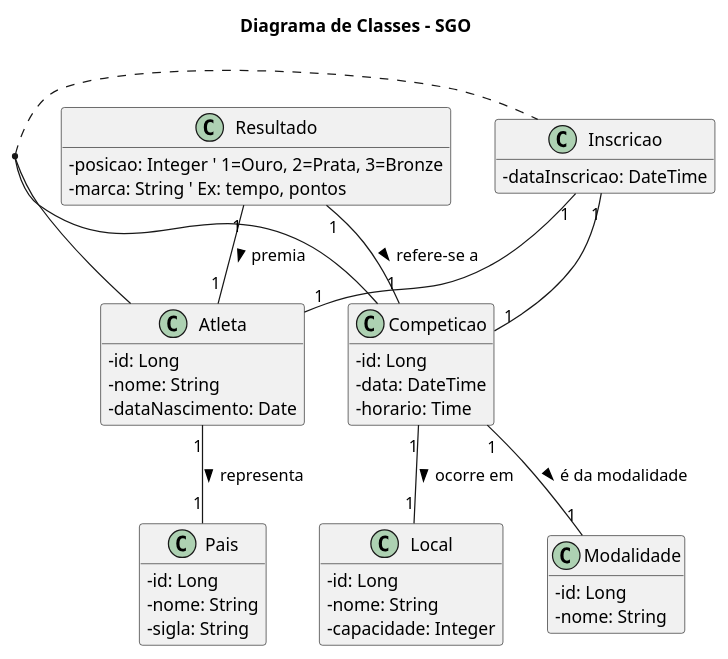
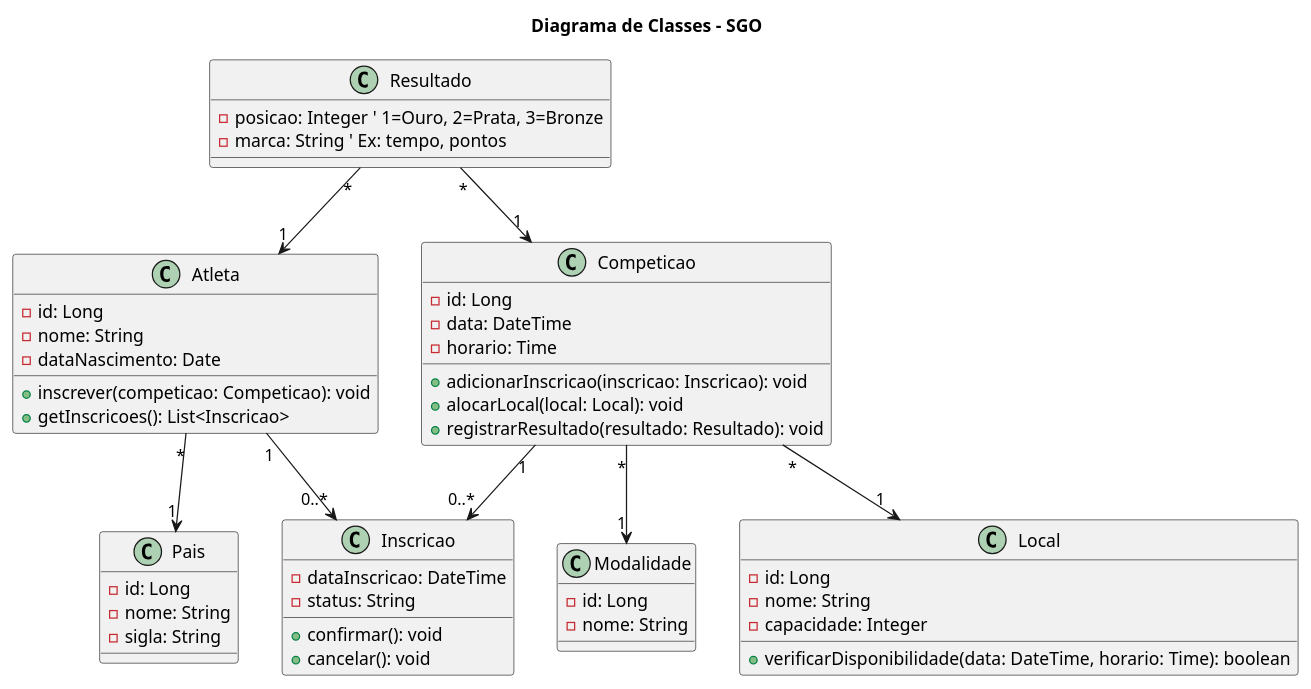
One commit to NatanMoroni08/sistema-gestao-olimpiadas changed the diagram in codigos/diagrama-de-classes.puml. Above: the diagram before and after it, drawn with PlantUML. The commit also changed 2 other files, not shown here.

Commit message:
imagem diagrama de calsses

```diff
--- a/codigos/diagrama-de-classes.puml
+++ b/codigos/diagrama-de-classes.puml
@@ -1,61 +1,69 @@
 @startuml
 ' Definição do título do diagrama
 title Diagrama de Classes - SGO
-
-' Estilo do diagrama
-skinparam classAttributeIconSize 0
-hide empty members
 
 class Pais {
   -id: Long
   -nome: String
   -sigla: String
 }
 
 class Atleta {
   -id: Long
   -nome: String
   -dataNascimento: Date
+  +inscrever(competicao: Competicao): void
+  +getInscricoes(): List<Inscricao>
 }
 
 class Modalidade {
   -id: Long
   -nome: String
 }
 
 class Local {
   -id: Long
   -nome: String
   -capacidade: Integer
+  +verificarDisponibilidade(data: DateTime, horario: Time): boolean
 }
 
 class Competicao {
   -id: Long
   -data: DateTime
   -horario: Time
+  +adicionarInscricao(inscricao: Inscricao): void
+  +alocarLocal(local: Local): void
+  +registrarResultado(resultado: Resultado): void
 }
 
 class Inscricao {
   -dataInscricao: DateTime
+  -status: String
+  +confirmar(): void
+  +cancelar(): void
 }
 
 class Resultado {
   -posicao: Integer ' 1=Ouro, 2=Prata, 3=Bronze
   -marca: String ' Ex: tempo, pontos
 }
 
-' Relacionamentos
-Atleta "1" -- "1" Pais : representa >
-Competicao "1" -- "1" Modalidade : é da modalidade >
-Competicao "1" -- "1" Local : ocorre em >
+' --- Relacionamentos ---
 
-' Associação muitos-para-muitos entre Atleta e Competição através da classe Inscricao
-(Atleta, Competicao) .. Inscricao
-Inscricao "1" -- "1" Atleta
-Inscricao "1" -- "1" Competicao
+' Um Atleta representa um País.
+Atleta "*" --> "1" Pais
 
-' Relacionamento entre Competição, Atleta e Resultado
-Resultado "1" -- "1" Competicao : refere-se a >
-Resultado "1" -- "1" Atleta : premia >
+' Uma Competição é de uma Modalidade e ocorre em um Local.
+Competicao "*" --> "1" Modalidade
+Competicao "*" --> "1" Local
+
+' A relação N-N entre Atleta e Competição é mediada pela classe de associação Inscricao.
+Atleta "1" --> "0..*" Inscricao
+Competicao "1" --> "0..*" Inscricao
+
+' Um Resultado pertence a uma Competição e a um Atleta.
+Resultado "*" --> "1" Competicao
+Resultado "*" --> "1" Atleta
 
 @enduml
```
